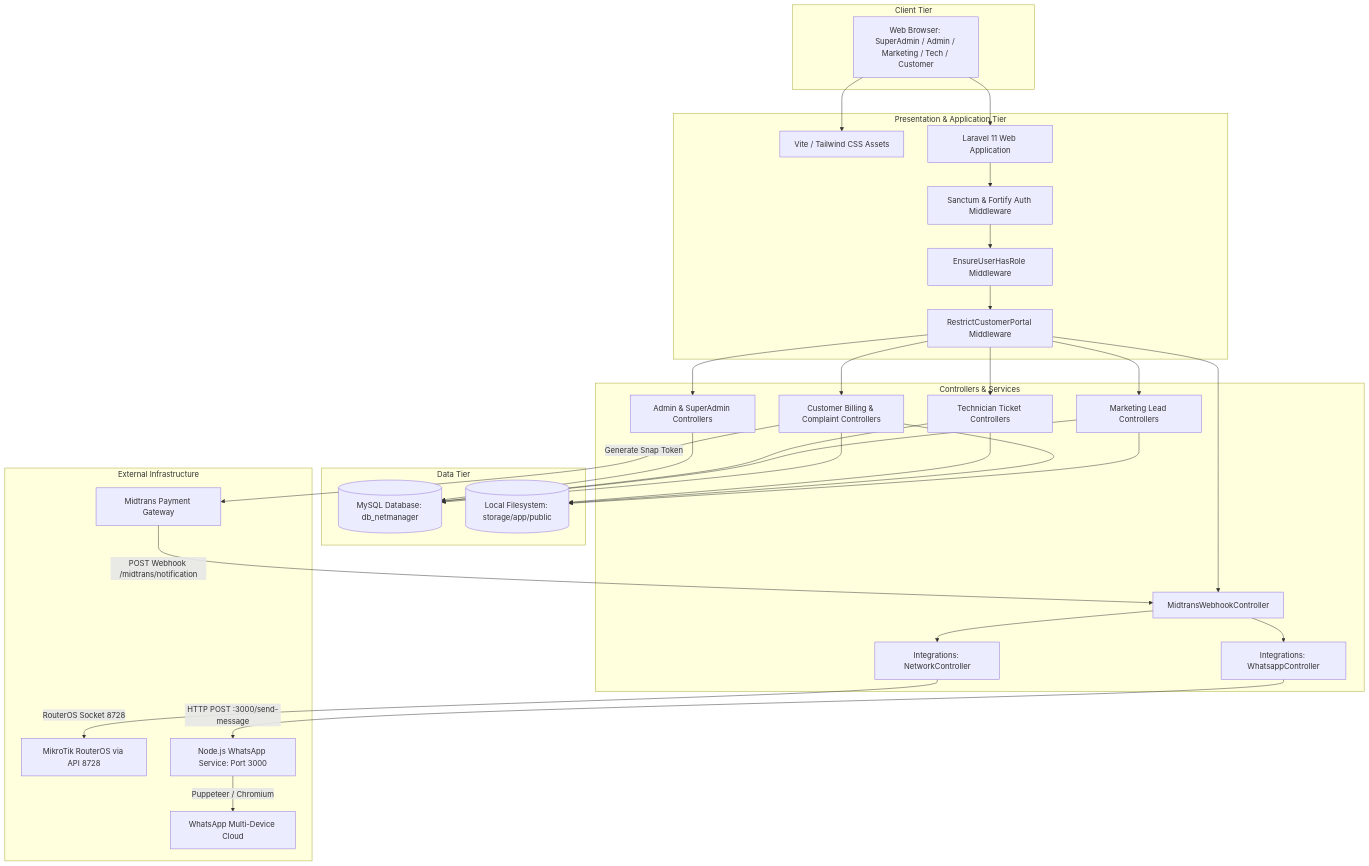
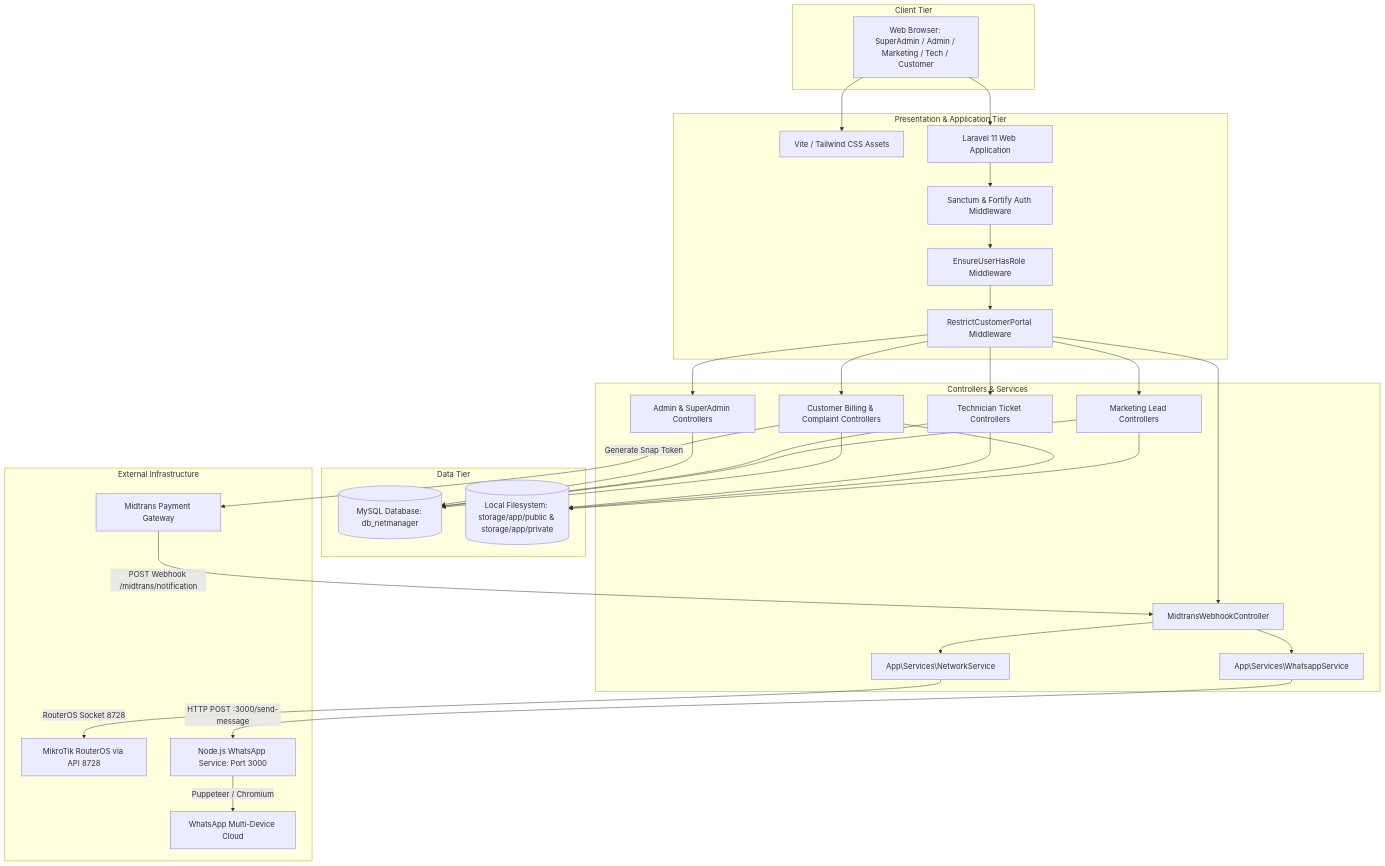
The second of 2 diagrams in PROJECT_INTELLIGENCE_REPORT.md (appyx123/NetManager), drawn with Mermaid before and after one commit. The commit also changed other lines of this file and 6 other files, not shown here.

````diff
--- a/PROJECT_INTELLIGENCE_REPORT.md
+++ b/PROJECT_INTELLIGENCE_REPORT.md
@@ -324,54 +319,54 @@
 ```mermaid
 flowchart TD
     subgraph Client Tier
         BrowserUser[Web Browser: SuperAdmin / Admin / Marketing / Tech / Customer]
     end
 
     subgraph Presentation & Application Tier
         Vite[Vite / Tailwind CSS Assets]
         L11[Laravel 11 Web Application]
         MW_Auth[Sanctum & Fortify Auth Middleware]
         MW_Role[EnsureUserHasRole Middleware]
         MW_Cust[RestrictCustomerPortal Middleware]
     end
 
     subgraph Controllers & Services
         Ctrl_Admin[Admin & SuperAdmin Controllers]
         Ctrl_Tech[Technician Ticket Controllers]
         Ctrl_Mkt[Marketing Lead Controllers]
         Ctrl_Cust[Customer Billing & Complaint Controllers]
-        Ctrl_Net[Integrations: NetworkController]
-        Ctrl_WA[Integrations: WhatsappController]
+        Svc_Net[App\Services\NetworkService]
+        Svc_WA[App\Services\WhatsappService]
         Ctrl_Midtrans[MidtransWebhookController]
     end
 
     subgraph Data Tier
         DB[(MySQL Database: db_netmanager)]
-        Storage[(Local Filesystem: storage/app/public)]
+        Storage[(Local Filesystem: storage/app/public & storage/app/private)]
     end
 
     subgraph External Infrastructure
         MikroTik[MikroTik RouterOS via API 8728]
         Midtrans[Midtrans Payment Gateway]
         WAGateway[Node.js WhatsApp Service: Port 3000]
         WhatsAppNet[WhatsApp Multi-Device Cloud]
     end
 
     BrowserUser --> Vite
     BrowserUser --> L11
     L11 --> MW_Auth --> MW_Role --> MW_Cust
     MW_Cust --> Ctrl_Admin & Ctrl_Tech & Ctrl_Mkt & Ctrl_Cust & Ctrl_Midtrans
 
     Ctrl_Admin & Ctrl_Tech & Ctrl_Mkt & Ctrl_Cust --> DB
     Ctrl_Tech & Ctrl_Cust & Ctrl_Mkt --> Storage
 
     Ctrl_Cust -->|Generate Snap Token| Midtrans
     Midtrans -->|POST Webhook /midtrans/notification| Ctrl_Midtrans
 
-    Ctrl_Midtrans --> Ctrl_Net
-    Ctrl_Midtrans --> Ctrl_WA
+    Ctrl_Midtrans --> Svc_Net
+    Ctrl_Midtrans --> Svc_WA
 
-    Ctrl_Net -->|RouterOS Socket 8728| MikroTik
-    Ctrl_WA -->|HTTP POST :3000/send-message| WAGateway
+    Svc_Net -->|RouterOS Socket 8728| MikroTik
+    Svc_WA -->|HTTP POST :3000/send-message| WAGateway
     WAGateway -->|Puppeteer / Chromium| WhatsAppNet
 ```
````
